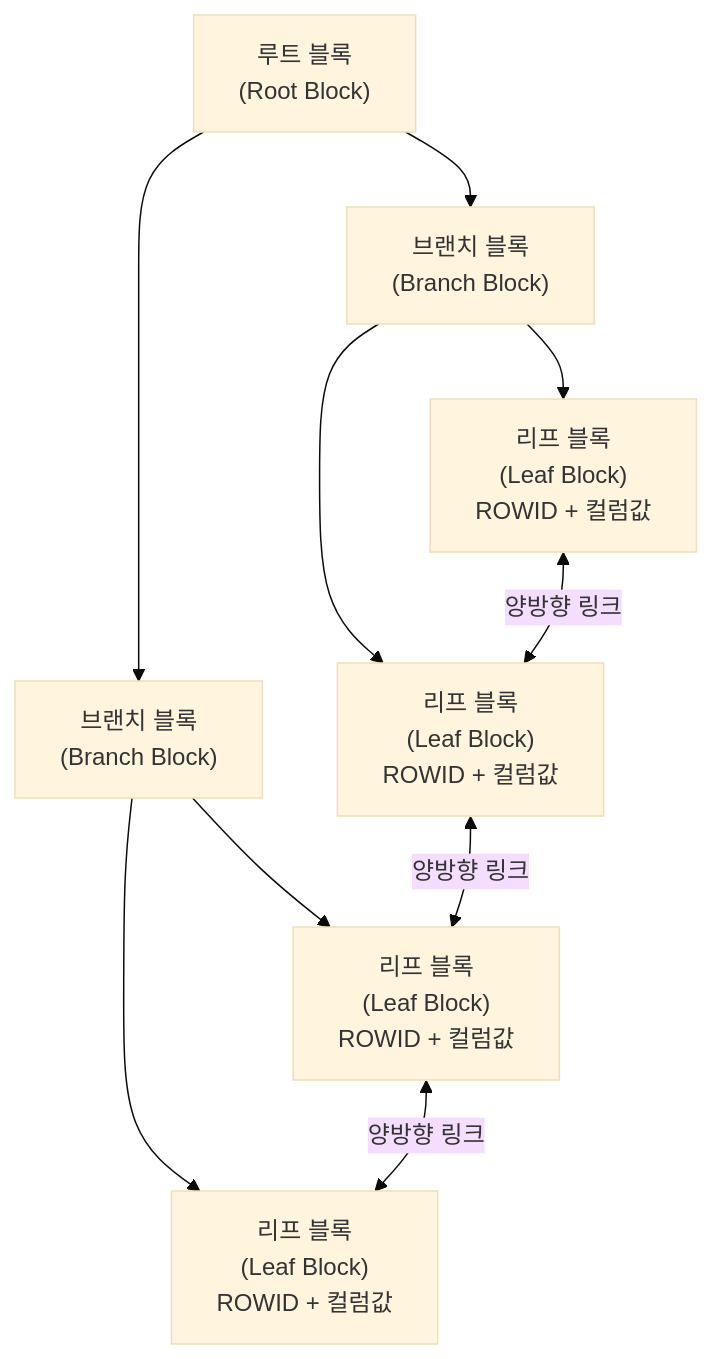
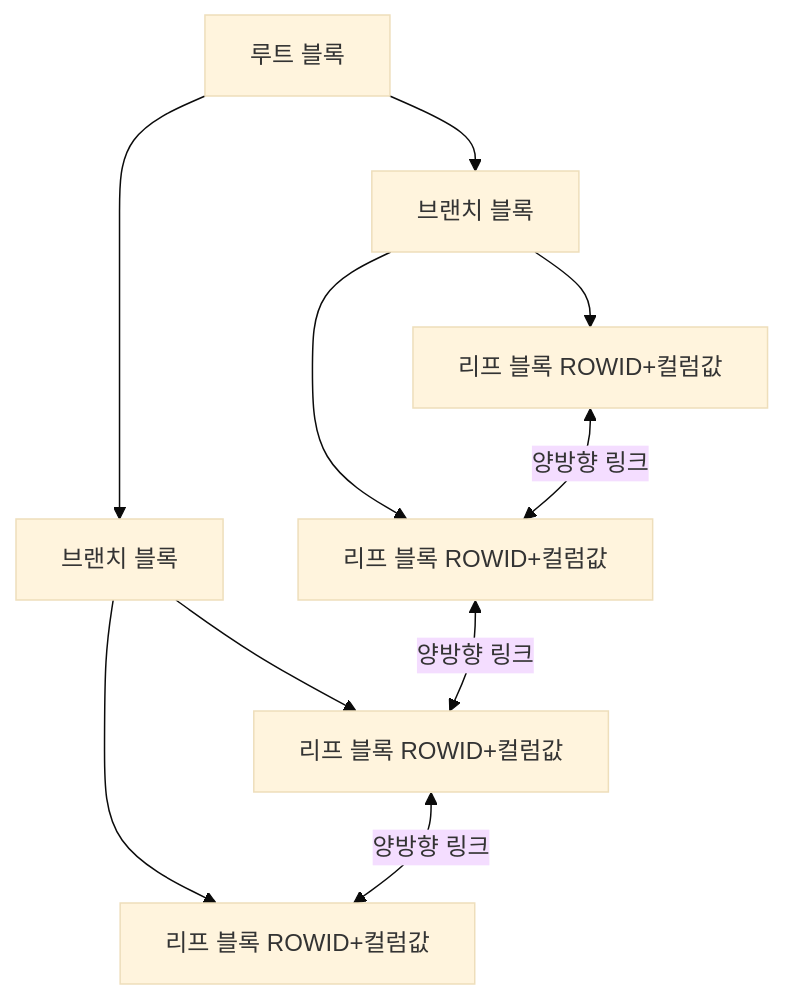
Before and after one commit to ollybaysion/awesome-SQLP: the diagram in content/04-index-tuning/01-index-basics/01-btree-structure.md, drawn with Mermaid (base theme). The commit also changed 1 other file, not shown here.

Commit message:
fix: mermaid 노드 라벨의 \n 이스케이프를 단일 라인으로 변경
mermaid가 \n을 개행으로 해석하지 못하는 환경을 고려하여
노드 라벨을 단일 라인 텍스트로 변경.

````diff
--- a/content/04-index-tuning/01-index-basics/01-btree-structure.md
+++ b/content/04-index-tuning/01-index-basics/01-btree-structure.md
@@ -11,12 +11,12 @@
 ```mermaid
 graph TD
-    A["루트 블록\n(Root Block)"] --> B["브랜치 블록\n(Branch Block)"]
-    A --> C["브랜치 블록\n(Branch Block)"]
-    B --> D["리프 블록\n(Leaf Block)\nROWID + 컬럼값"]
-    B --> E["리프 블록\n(Leaf Block)\nROWID + 컬럼값"]
-    C --> F["리프 블록\n(Leaf Block)\nROWID + 컬럼값"]
-    C --> G["리프 블록\n(Leaf Block)\nROWID + 컬럼값"]
+    A[루트 블록] --> B[브랜치 블록]
+    A --> C[브랜치 블록]
+    B --> D[리프 블록 ROWID+컬럼값]
+    B --> E[리프 블록 ROWID+컬럼값]
+    C --> F[리프 블록 ROWID+컬럼값]
+    C --> G[리프 블록 ROWID+컬럼값]
     D <-->|양방향 링크| E
     E <-->|양방향 링크| F
     F <-->|양방향 링크| G
 ```
````
